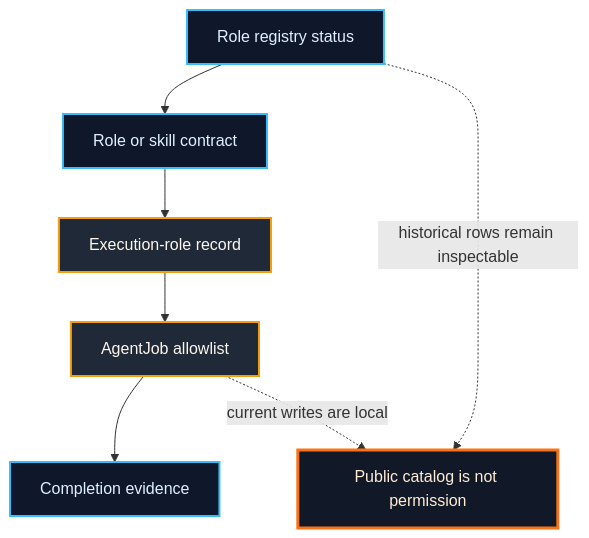
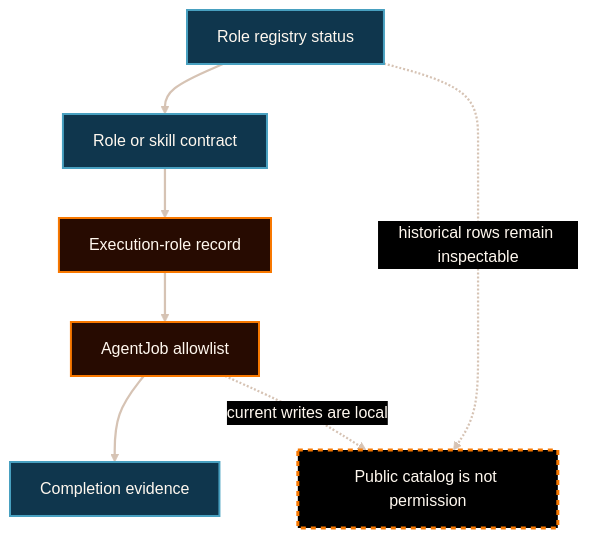
One commit to AngryOwlAI/The-AEther-Flow-Website changed the diagram in docs/content-dossiers/ai-roles-and-skills/diagrams/role-authority-stack.mmd. Above: the diagram before and after it, drawn with Mermaid. The commit also changed 60 other files, not shown here.

```diff
--- a/docs/content-dossiers/ai-roles-and-skills/diagrams/role-authority-stack.mmd
+++ b/docs/content-dossiers/ai-roles-and-skills/diagrams/role-authority-stack.mmd
@@ -1,14 +1,41 @@
+---
+config:
+  theme: base
+  themeVariables:
+    darkMode: true
+    background: "#000000"
+    primaryColor: "#050403"
+    primaryTextColor: "#fff8ef"
+    primaryBorderColor: "#d6c3b4"
+    lineColor: "#d6c3b4"
+    fontFamily: "Inter, ui-sans-serif, system-ui, -apple-system, BlinkMacSystemFont, Segoe UI, sans-serif"
+    fontSize: "16px"
+    clusterBkg: "#080401"
+    clusterBorder: "#d6c3b4"
+    edgeLabelBackground: "#000000"
+---
+
 flowchart TB
   registry["Role registry status"] --> contract["Role or skill contract"]
   contract --> execution["Execution-role record"]
   execution --> agentjob["AgentJob allowlist"]
   agentjob --> completion["Completion evidence"]
   registry -. "historical rows remain inspectable" .-> boundary["Public catalog is not permission"]
   agentjob -. "current writes are local" .-> boundary
 
-  classDef source fill:#0f172a,stroke:#38bdf8,color:#e0f2fe,stroke-width:2px;
-  classDef control fill:#1f2937,stroke:#f59e0b,color:#fff7ed,stroke-width:2px;
-  classDef boundary fill:#111827,stroke:#f97316,color:#ffedd5,stroke-width:3px;
-  class registry,contract,completion source;
-  class execution,agentjob control;
+  classDef default fill:#050403,stroke:#d6c3b4,color:#fff8ef,stroke-width:1.5px;
+  classDef source fill:#0f364d,stroke:#48a0c0,color:#fff8ef,stroke-width:2px;
+  classDef control fill:#270b01,stroke:#f87800,color:#fff8ef,stroke-width:2px;
+  classDef bridge fill:#164964,stroke:#f4d6a1,color:#fff8ef,stroke-width:2px;
+  classDef decision fill:#702000,stroke:#f87800,color:#fff8ef,stroke-width:2.25px;
+  classDef target fill:#2d7ea0,stroke:#f4d6a1,color:#ffffff,stroke-width:2px;
+  classDef success fill:#164964,stroke:#48a0c0,color:#fff8ef,stroke-width:2px;
+  classDef risk fill:#702000,stroke:#f87800,color:#fff8ef,stroke-width:2px,stroke-dasharray: 5 5;
+  classDef boundary fill:#000000,stroke:#f87800,color:#fff8ef,stroke-width:3px,stroke-dasharray: 5 5;
+  classDef external fill:#080401,stroke:#f4d6a1,color:#fff8ef,stroke-width:2px;
+
   class boundary boundary;
+  class agentjob,execution control;
+  class completion,contract,registry source;
+
+  linkStyle default stroke:#d6c3b4,stroke-width:2.25px;
```
